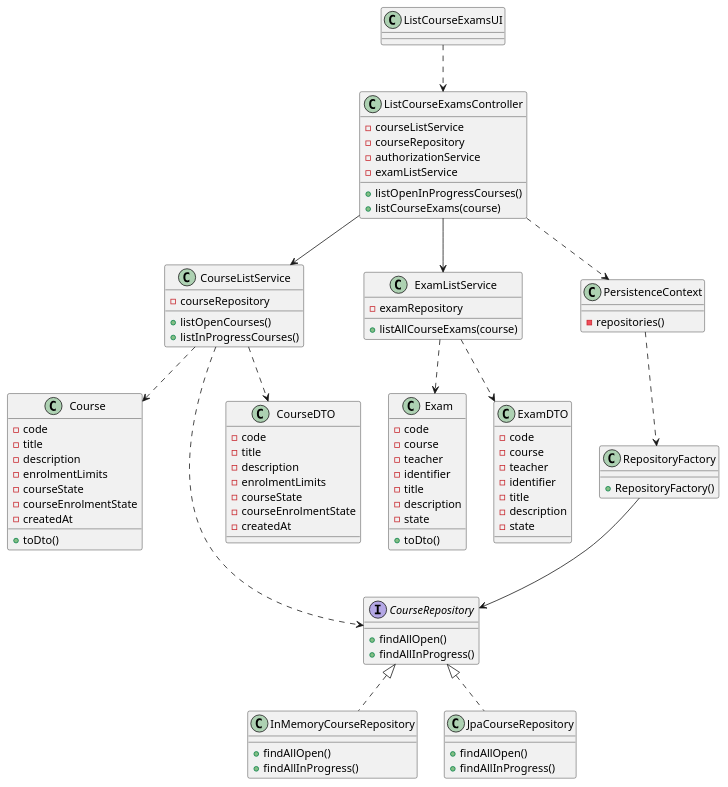
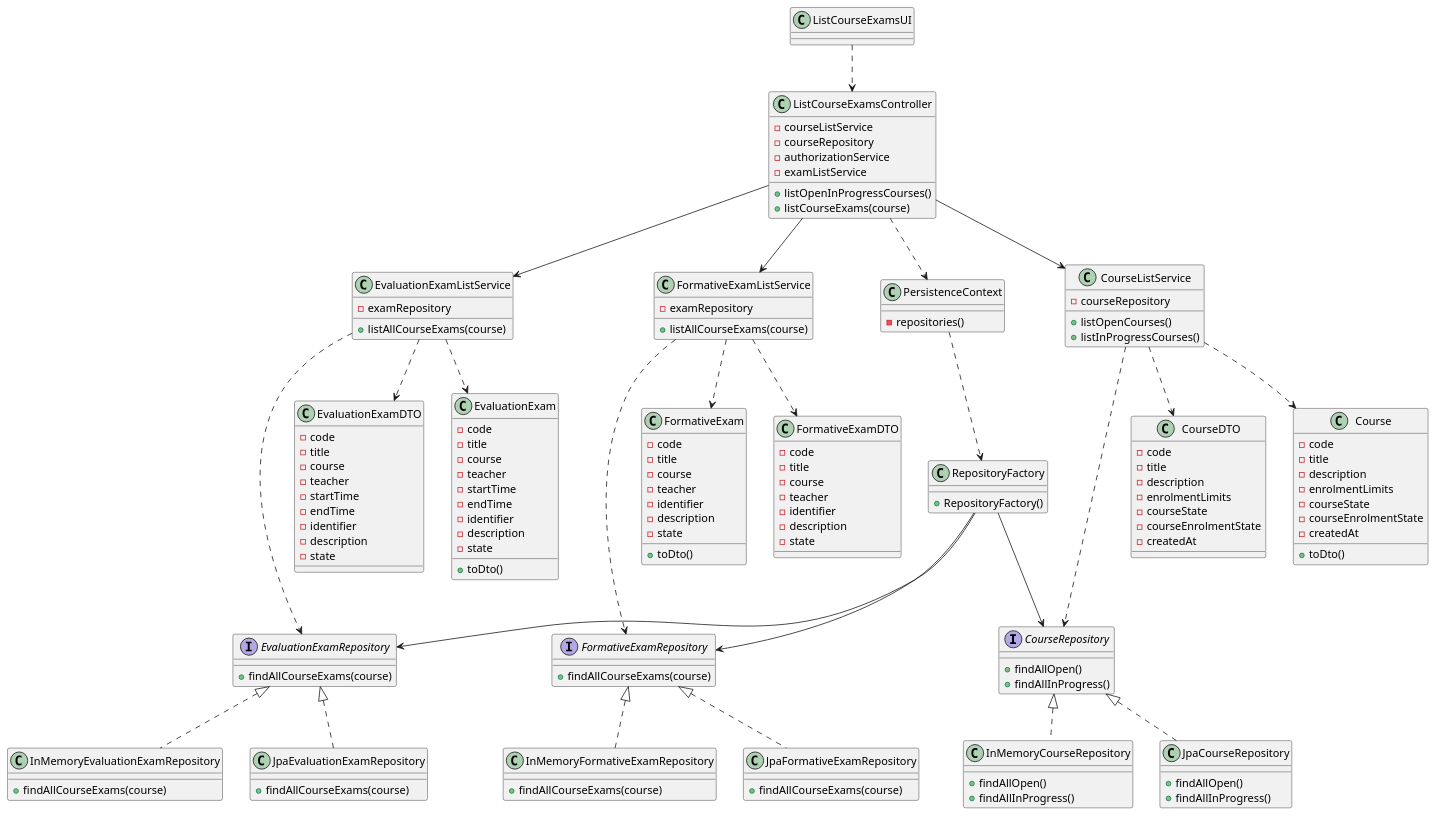
One commit to miseEnPlace-dev/lapr4 changed the diagram in docs/sprint-b/us23-2003/US2003_CD.puml. Above: the diagram before and after it, drawn with PlantUML. The commit also changed 4 other files, not shown here.

```diff
--- a/docs/sprint-b/us23-2003/US2003_CD.puml
+++ b/docs/sprint-b/us23-2003/US2003_CD.puml
@@ -1,117 +1,189 @@
 @startuml US2003_CD
 
 class ListCourseExamsUI {
 
 }
 
 class ListCourseExamsController {
 - courseListService
 - courseRepository
 - authorizationService
 - examListService
 + listOpenInProgressCourses()
 + listCourseExams(course)
 }
 
 
 class Course {
   - code
   - title
   - description
   - enrolmentLimits
   - courseState
   - courseEnrolmentState
   - createdAt
   + toDto()
 }
 
 class RepositoryFactory {
   + RepositoryFactory()
 }
 
 interface CourseRepository {
   + findAllOpen()
   + findAllInProgress()
 }
 
+interface EvaluationExamRepository {
++ findAllCourseExams(course)
+}
+
+interface FormativeExamRepository {
++ findAllCourseExams(course)
+}
+
+class EvaluationExamListService {
+- examRepository
++ listAllCourseExams(course)
+}
+
+class FormativeExamListService {
+- examRepository
++ listAllCourseExams(course)
+}
+
 class CourseListService {
   - courseRepository
 
   + listOpenCourses()
   + listInProgressCourses()
 }
 
-class ExamListService {
-- examRepository
-+ listAllCourseExams(course)
 
+class EvaluationExamDTO {
+- code
+- title
+- course
+- teacher
+- startTime
+- endTime
+- identifier
+- description
+- state
 }
 
-class Exam {
+class EvaluationExam {
 - code
+- title
 - course
 - teacher
+- startTime
+- endTime
 - identifier
-- title
 - description
 - state
 + toDto()
 }
 
-class ExamDTO {
+class FormativeExam {
 - code
+- title
 - course
 - teacher
 - identifier
+- description
+- state
++ toDto()
+}
+
+class FormativeExamDTO {
+- code
 - title
+- course
+- teacher
+- identifier
 - description
 - state
 }
 
 class CourseDTO {
   - code
   - title
   - description
   - enrolmentLimits
   - courseState
   - courseEnrolmentState
   - createdAt
 }
 
 
 
 class InMemoryCourseRepository {
   + findAllOpen()
   + findAllInProgress()
 }
 
 class JpaCourseRepository {
   + findAllOpen()
   + findAllInProgress()
 }
 
+class InMemoryFormativeExamRepository {
++ findAllCourseExams(course)
+}
+
+class JpaFormativeExamRepository {
++ findAllCourseExams(course)
+}
+
+class InMemoryEvaluationExamRepository {
++ findAllCourseExams(course)
+}
+
+class JpaEvaluationExamRepository {
++ findAllCourseExams(course)
+}
+
 class PersistenceContext {
   - repositories()
 }
 
 
 PersistenceContext ..> RepositoryFactory
 RepositoryFactory --> CourseRepository
+RepositoryFactory --> FormativeExamRepository
+RepositoryFactory --> EvaluationExamRepository
 
 CourseRepository <|.. InMemoryCourseRepository
 CourseRepository <|.. JpaCourseRepository
+
+EvaluationExamRepository <|.. InMemoryEvaluationExamRepository
+EvaluationExamRepository <|.. JpaEvaluationExamRepository
+
+FormativeExamRepository <|.. InMemoryFormativeExamRepository
+FormativeExamRepository <|.. JpaFormativeExamRepository
+
+
 ListCourseExamsController ..> PersistenceContext
 ListCourseExamsUI ..> ListCourseExamsController
 
-ExamListService ..> Exam
+
 CourseListService ..> Course
 CourseListService ..> CourseRepository
 
-ExamListService ..> ExamDTO
+FormativeExamListService ..> FormativeExamDTO
+FormativeExamListService ..> FormativeExam
+
+EvaluationExamListService ..> EvaluationExamDTO
+EvaluationExamListService ..> EvaluationExam
+
 CourseListService ..> CourseDTO
+ListCourseExamsController --> FormativeExamListService
+ListCourseExamsController --> CourseListService
+ListCourseExamsController --> EvaluationExamListService
 
-ListCourseExamsController --> CourseListService
-ListCourseExamsController --> ExamListService
+EvaluationExamListService ..> EvaluationExamRepository
+FormativeExamListService ..> FormativeExamRepository
 
 
 @enduml
```
